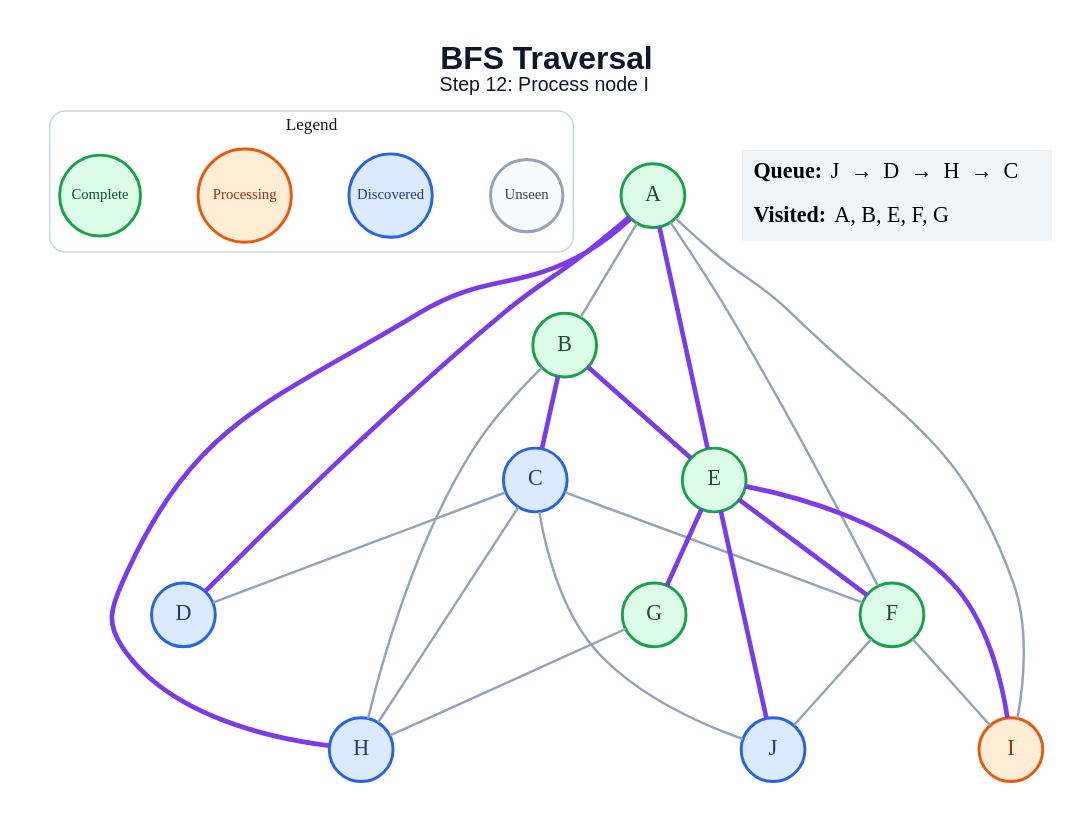
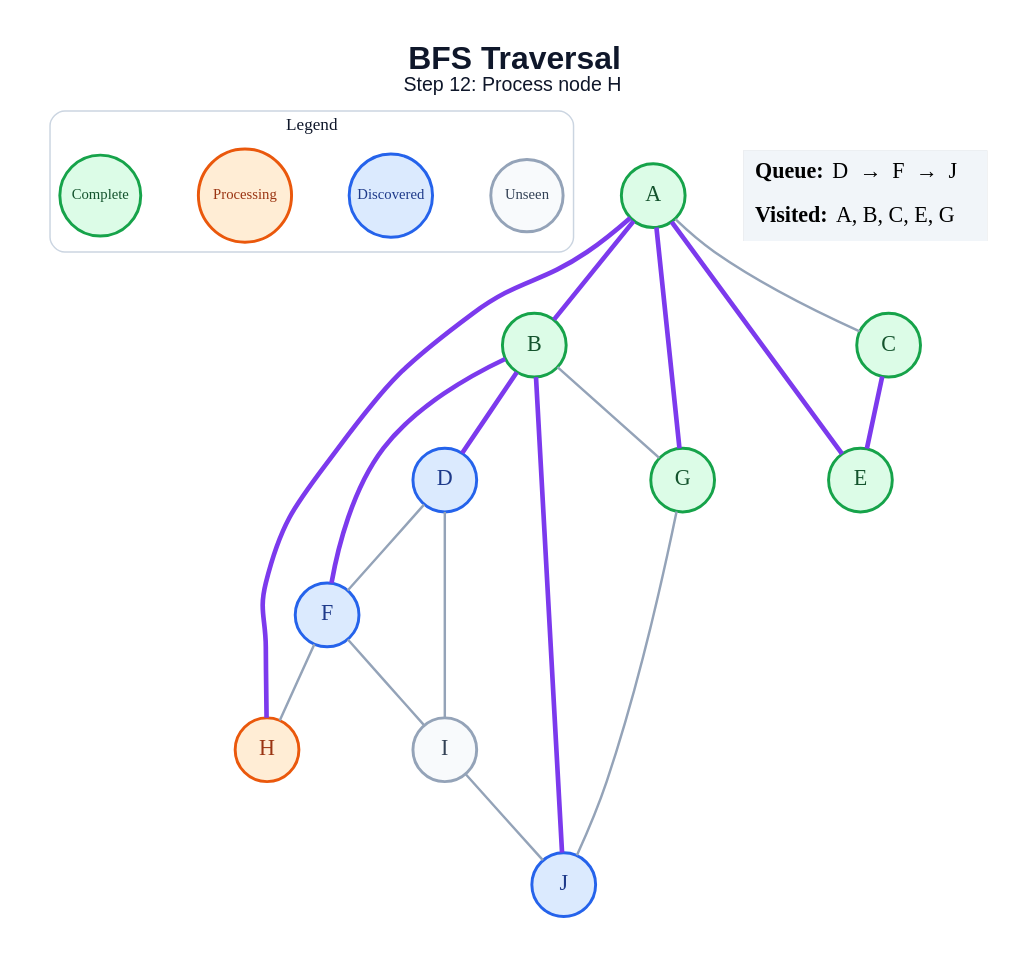
The diagram in generated/specific-node/bfs/step_12.dot (amanghodawala9/ai-slop), drawn with Graphviz before and after one commit. The commit also changed 178 other files, not shown here.

```diff
--- a/generated/specific-node/bfs/step_12.dot
+++ b/generated/specific-node/bfs/step_12.dot
@@ -1,49 +1,45 @@
 graph traversal {
   graph [layout=dot, rankdir=TB, bgcolor="#FFFFFF", pad="0.35", nodesep="0.65", ranksep="0.8", fontname="Arial"];
   node [shape=circle, style="filled", fontname="Arial Bold", fontsize=18, width=0.72, fixedsize=true, penwidth=2.4];
   edge [color="#94A3B8", penwidth=2.0];
-  label=<<B>BFS Traversal</B><BR/><FONT POINT-SIZE="16">Step 12: Process node I</FONT>>; labelloc="t"; fontsize=26; fontname="Arial"; fontcolor="#0F172A";
+  label=<<B>BFS Traversal</B><BR/><FONT POINT-SIZE="16">Step 12: Process node H</FONT>>; labelloc="t"; fontsize=26; fontname="Arial"; fontcolor="#0F172A";
   subgraph cluster_legend { label="Legend"; color="#CBD5E1"; penwidth=1.2; style="rounded"; fontsize=14; fontname="Arial Bold";
     key_unseen [label="Unseen", fillcolor="#F8FAFC", color="#94A3B8", fontcolor="#334155", fontsize=12, width=0.82];
     key_frontier [label="Discovered", fillcolor="#DBEAFE", color="#2563EB", fontcolor="#1E3A8A", fontsize=12, width=0.95];
     key_current [label="Processing", fillcolor="#FFEDD5", color="#EA580C", fontcolor="#9A3412", fontsize=12, width=1.05];
     key_done [label="Complete", fillcolor="#DCFCE7", color="#16A34A", fontcolor="#14532D", fontsize=12, width=0.92];
     { rank=same; key_unseen; key_frontier; key_current; key_done; }
   }
   A [fillcolor="#DCFCE7", color="#16A34A", fontcolor="#14532D"];
   B [fillcolor="#DCFCE7", color="#16A34A", fontcolor="#14532D"];
-  C [fillcolor="#DBEAFE", color="#2563EB", fontcolor="#1E3A8A"];
+  C [fillcolor="#DCFCE7", color="#16A34A", fontcolor="#14532D"];
   D [fillcolor="#DBEAFE", color="#2563EB", fontcolor="#1E3A8A"];
   E [fillcolor="#DCFCE7", color="#16A34A", fontcolor="#14532D"];
-  F [fillcolor="#DCFCE7", color="#16A34A", fontcolor="#14532D"];
+  F [fillcolor="#DBEAFE", color="#2563EB", fontcolor="#1E3A8A"];
   G [fillcolor="#DCFCE7", color="#16A34A", fontcolor="#14532D"];
-  H [fillcolor="#DBEAFE", color="#2563EB", fontcolor="#1E3A8A"];
-  I [fillcolor="#FFEDD5", color="#EA580C", fontcolor="#9A3412"];
+  H [fillcolor="#FFEDD5", color="#EA580C", fontcolor="#9A3412"];
+  I [fillcolor="#F8FAFC", color="#94A3B8", fontcolor="#334155"];
   J [fillcolor="#DBEAFE", color="#2563EB", fontcolor="#1E3A8A"];
-  A -- B;
-  A -- D [color="#7C3AED", penwidth=3.8];
+  A -- B [color="#7C3AED", penwidth=3.8];
+  A -- C;
   A -- E [color="#7C3AED", penwidth=3.8];
-  A -- F;
+  A -- G [color="#7C3AED", penwidth=3.8];
   A -- H [color="#7C3AED", penwidth=3.8];
-  A -- I;
-  B -- C [color="#7C3AED", penwidth=3.8];
-  B -- E [color="#7C3AED", penwidth=3.8];
-  B -- H;
-  C -- D;
-  C -- F;
-  C -- H;
-  C -- J;
-  E -- F [color="#7C3AED", penwidth=3.8];
-  E -- G [color="#7C3AED", penwidth=3.8];
-  E -- I [color="#7C3AED", penwidth=3.8];
-  E -- J [color="#7C3AED", penwidth=3.8];
+  B -- D [color="#7C3AED", penwidth=3.8];
+  B -- F [color="#7C3AED", penwidth=3.8];
+  B -- G;
+  B -- J [color="#7C3AED", penwidth=3.8];
+  C -- E [color="#7C3AED", penwidth=3.8];
+  D -- F;
+  D -- I;
+  F -- H;
   F -- I;
-  F -- J;
-  G -- H;
+  G -- J;
+  I -- J;
   status [shape=plain, fixedsize=false, width=0, height=0, margin=0, label=<
     <TABLE BORDER="0" CELLBORDER="0" CELLPADDING="7" BGCOLOR="#F1F5F9">
-      <TR><TD ALIGN="LEFT"><B>Queue:</B> J  →  D  →  H  →  C</TD></TR>
-      <TR><TD ALIGN="LEFT"><B>Visited:</B> A, B, E, F, G</TD></TR>
+      <TR><TD ALIGN="LEFT"><B>Queue:</B> D  →  F  →  J</TD></TR>
+      <TR><TD ALIGN="LEFT"><B>Visited:</B> A, B, C, E, G</TD></TR>
     </TABLE>
   >];
 }
```
